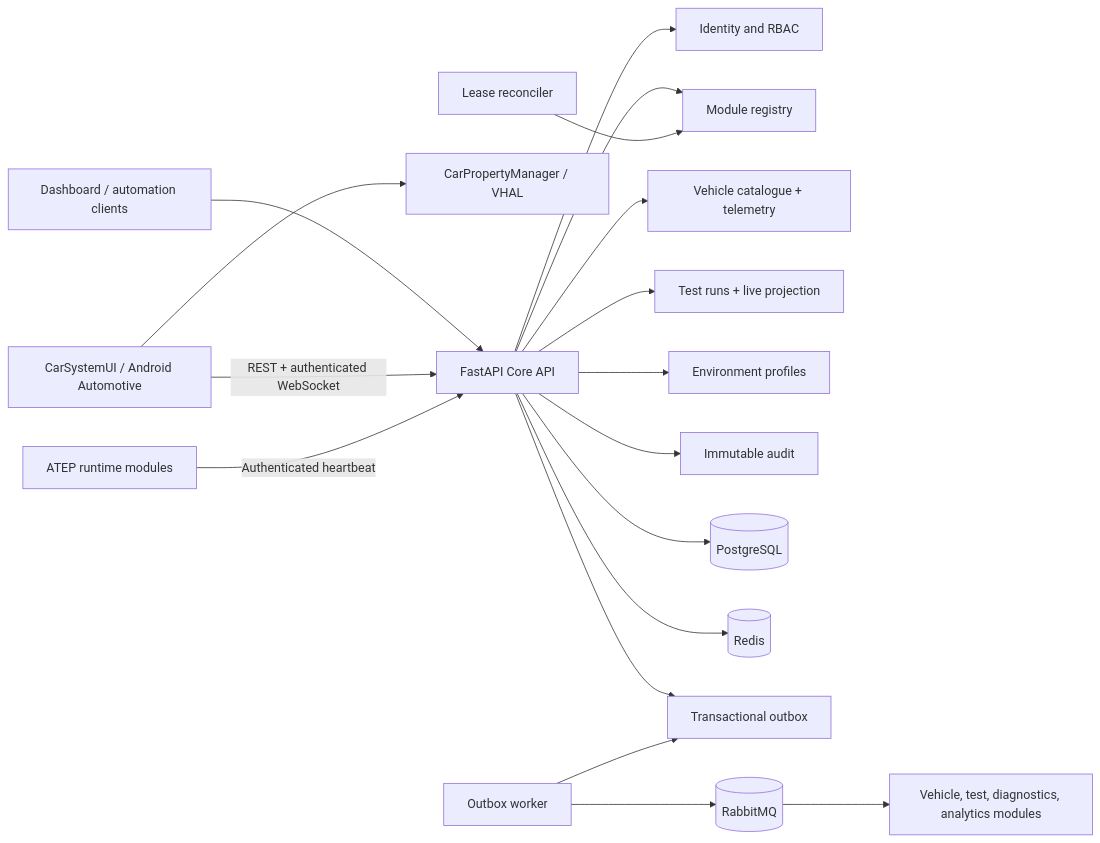
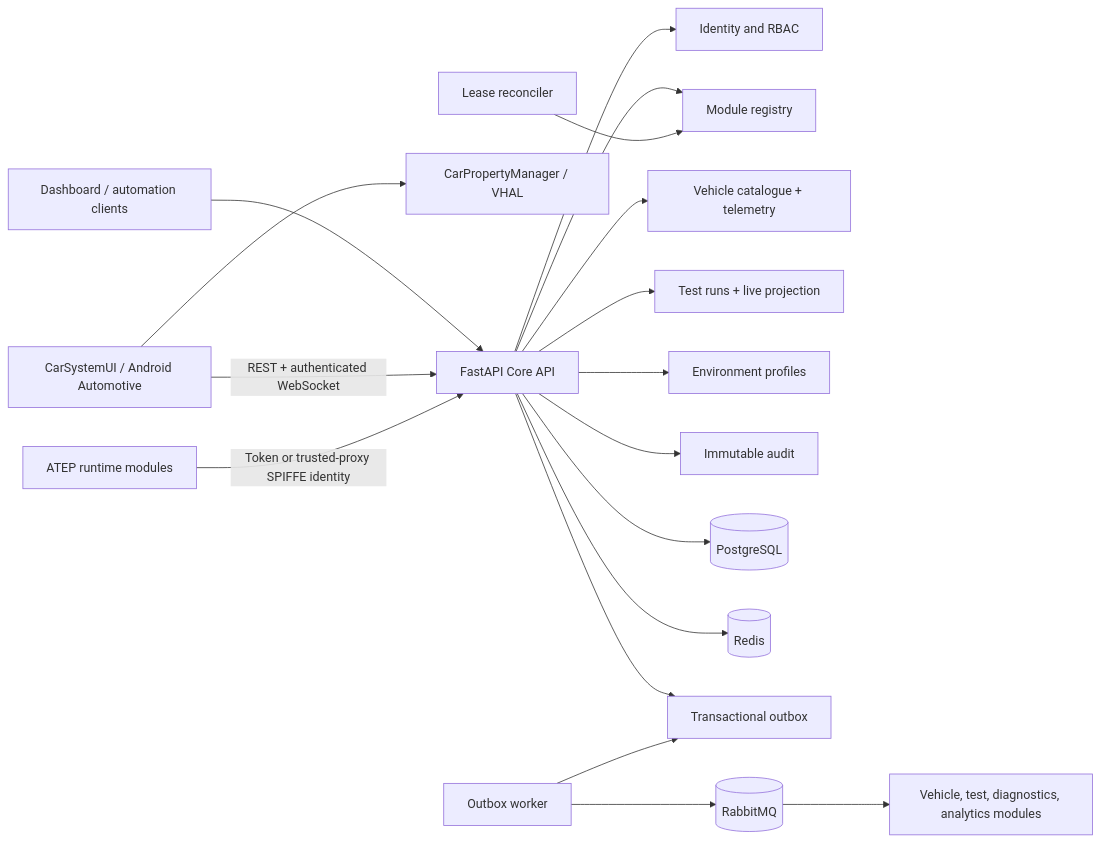
One commit to paulacristinaqa/automotive_test_engineering_platform changed the first of 2 diagrams in README.md. Above: the diagram before and after it, drawn with Mermaid. The commit also changed other lines of this file and 17 other files, not shown here.

Commit message:
Add SPIFFE workload identity boundary

````diff
--- a/README.md
+++ b/README.md
@@ -79,20 +82,20 @@
 ```mermaid
 flowchart LR
     Client["Dashboard / automation clients"] --> API["FastAPI Core API"]
     Cockpit["CarSystemUI / Android Automotive"] -->|"REST + authenticated WebSocket"| API
     Cockpit --> CarAPI["CarPropertyManager / VHAL"]
-    Module["ATEP runtime modules"] -->|"Authenticated heartbeat"| API
+    Module["ATEP runtime modules"] -->|"Token or trusted-proxy SPIFFE identity"| API
     API --> Identity["Identity and RBAC"]
     API --> Registry["Module registry"]
     API --> Vehicles["Vehicle catalogue + telemetry"]
     API --> TestRuns["Test runs + live projection"]
     API --> Profiles["Environment profiles"]
     API --> Audit["Immutable audit"]
     API --> PG[(PostgreSQL)]
     API --> Redis[(Redis)]
     API --> Outbox["Transactional outbox"]
     Reconciler["Lease reconciler"] --> Registry
     Worker["Outbox worker"] --> Outbox
     Worker --> MQ[(RabbitMQ)]
     MQ --> Consumers["Vehicle, test, diagnostics, analytics modules"]
 ```
````
